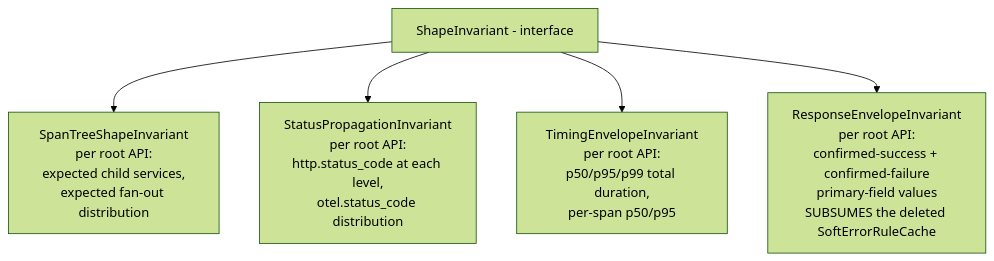
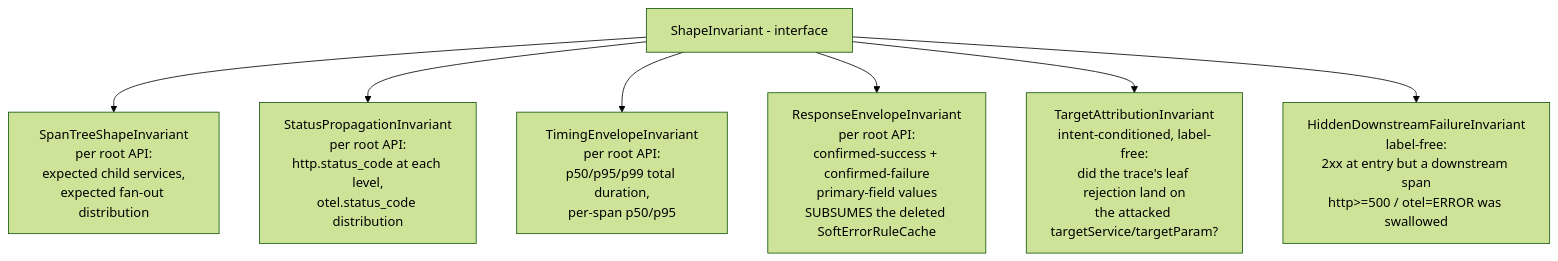
Diagram 24 of 30 in mist-cli/src/main/resources/My-Example/trainticket/flow.md (miaoti/Rest), drawn with Mermaid (forest theme) before and after one commit. The commit also changed other lines of this file and 4 other files, not shown here.

````diff
--- a/mist-cli/src/main/resources/My-Example/trainticket/flow.md
+++ b/mist-cli/src/main/resources/My-Example/trainticket/flow.md
@@ -1615,8 +1655,10 @@
 ```mermaid
 flowchart TB
     INV[ShapeInvariant - interface]
     INV --> ST[SpanTreeShapeInvariant<br/>per root API:<br/>expected child services,<br/>expected fan-out distribution]
     INV --> SP[StatusPropagationInvariant<br/>per root API:<br/>http.status_code at each level,<br/>otel.status_code distribution]
     INV --> TE[TimingEnvelopeInvariant<br/>per root API:<br/>p50/p95/p99 total duration,<br/>per-span p50/p95]
     INV --> RE[ResponseEnvelopeInvariant<br/>per root API:<br/>confirmed-success + confirmed-failure<br/>primary-field values<br/>SUBSUMES the deleted SoftErrorRuleCache]
+    INV --> TA[TargetAttributionInvariant<br/>intent-conditioned, label-free:<br/>did the trace's leaf rejection land on<br/>the attacked targetService/targetParam?]
+    INV --> HD[HiddenDownstreamFailureInvariant<br/>label-free:<br/>2xx at entry but a downstream span<br/>http&gt;=500 / otel=ERROR was swallowed]
 ```
````
